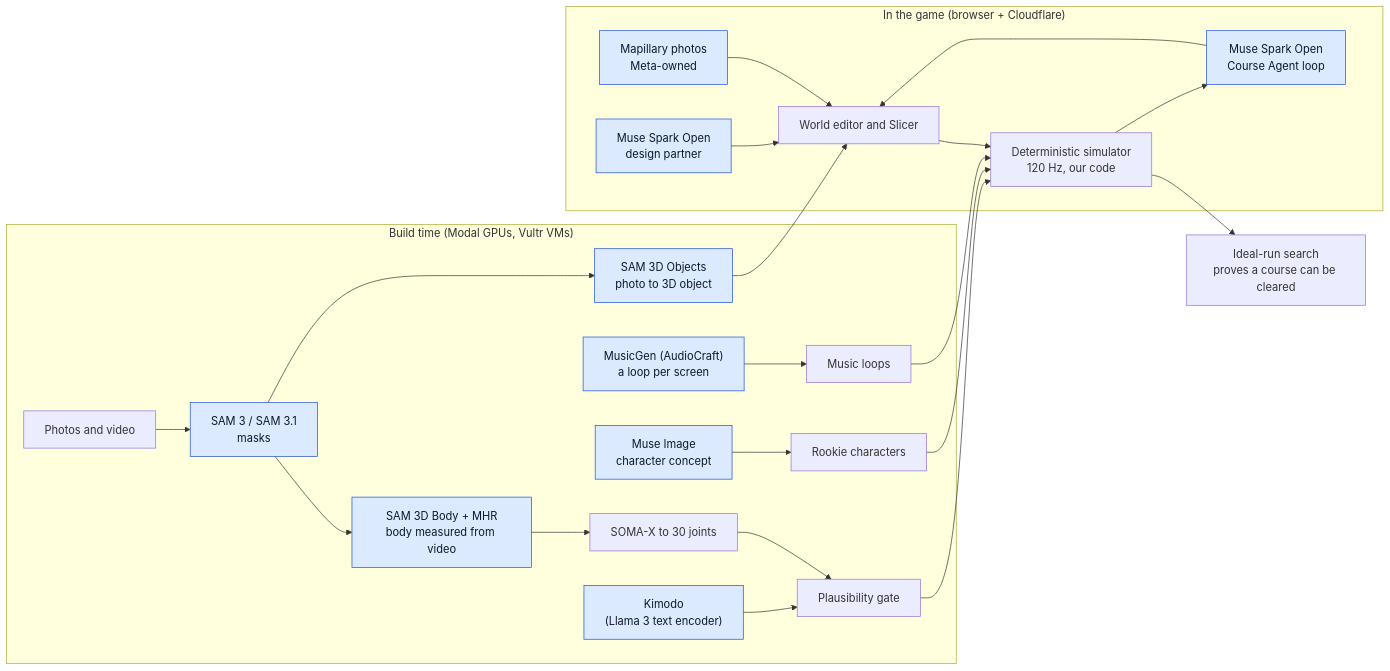
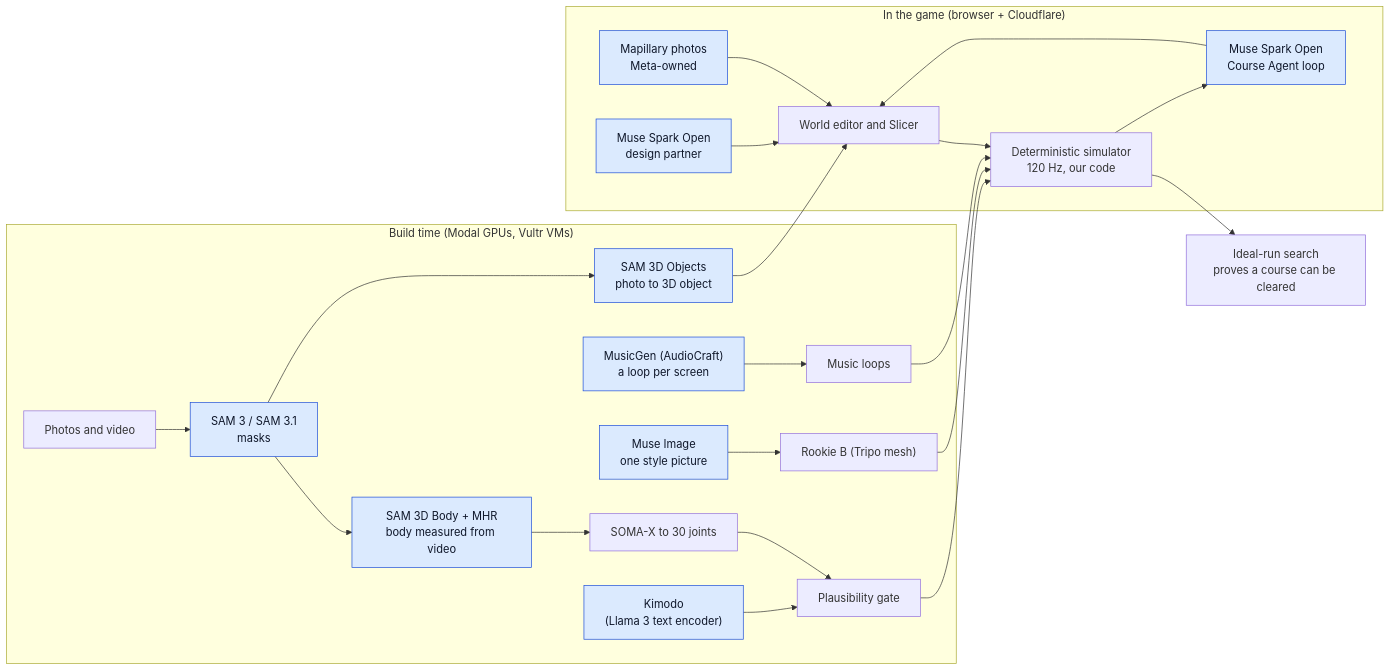
The first of 8 diagrams in docs/meta-ai-pipelines.md (gitgithan/conquercourse), drawn with Mermaid before and after one commit. The commit also changed other lines of this file and 23 other files, not shown here.

First line of the commit message:
Community characters: Muse Image to playable character, eight tried, design doc and experiment trail (Part of CC-108)

````diff
--- a/docs/meta-ai-pipelines.md
+++ b/docs/meta-ai-pipelines.md
@@ -14,32 +14,32 @@
 ```mermaid
 flowchart LR
   subgraph Build["Build time (Modal GPUs, Vultr VMs)"]
     P1["Photos and video"] --> SAM3["SAM 3 / SAM 3.1<br/>masks"]
     SAM3 --> SAM3DO["SAM 3D Objects<br/>photo to 3D object"]
     SAM3 --> SAM3DB["SAM 3D Body + MHR<br/>body measured from video"]
     SAM3DB --> SOMA["SOMA-X to 30 joints"]
     KIM["Kimodo<br/>(Llama 3 text encoder)"] --> GATE["Plausibility gate"]
     SOMA --> GATE
-    MI["Muse Image<br/>character concept"] --> CH["Rookie characters"]
+    MI["Muse Image<br/>one style picture"] --> CH["Rookie B (Tripo mesh)"]
     MG["MusicGen (AudioCraft)<br/>a loop per screen"] --> MUS["Music loops"]
   end
   subgraph Game["In the game (browser + Cloudflare)"]
     SIM["Deterministic simulator<br/>120 Hz, our code"]
     ED["World editor and Slicer"]
     DES["Muse Spark Open<br/>design partner"]
     AGT["Muse Spark Open<br/>Course Agent loop"]
     MAP["Mapillary photos<br/>Meta-owned"]
   end
   SAM3DO --> ED
   GATE --> SIM
   CH --> SIM
   MUS --> SIM
   ED --> SIM
   DES --> ED
   AGT --> ED
   SIM --> AGT
   MAP --> ED
   SIM --> IDEAL["Ideal-run search<br/>proves a course can be cleared"]
   classDef meta fill:#dbeafe,stroke:#1d4ed8,color:#0f172a;
   class SAM3,SAM3DO,SAM3DB,MI,DES,AGT,MAP,KIM,MG meta;
 ```
````
